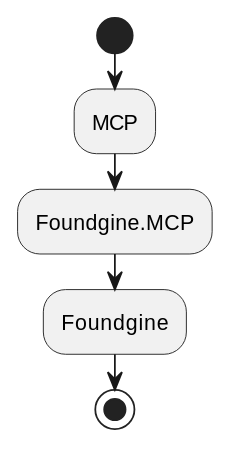
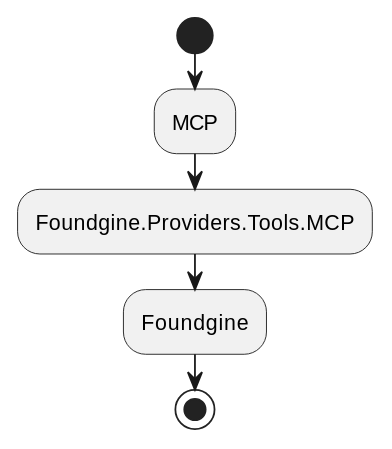
One commit to CristianBarragan/CoffeeBean changed the tenth of 11 diagrams in docs/AI-AGENT.md. Above: the diagram before and after it, drawn with PlantUML. The commit also changed other lines of this file and 1283 other files, not shown here.

````diff
--- a/docs/AI-AGENT.md
+++ b/docs/AI-AGENT.md
@@ -220,9 +220,9 @@
 ```plantuml
 @startuml
 start
 :MCP;
-:Foundgine.MCP;
+:Foundgine.Providers.Tools.MCP;
 :Foundgine;
 stop
 @enduml
 ```
````
